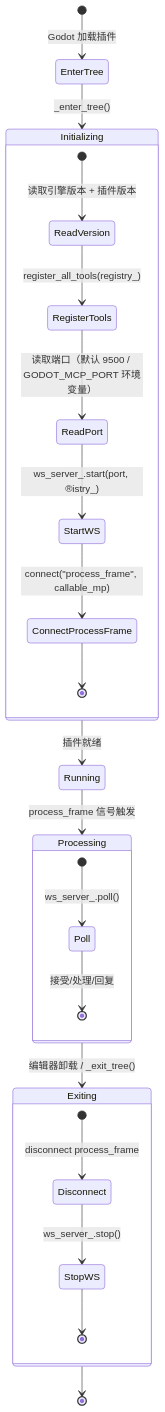
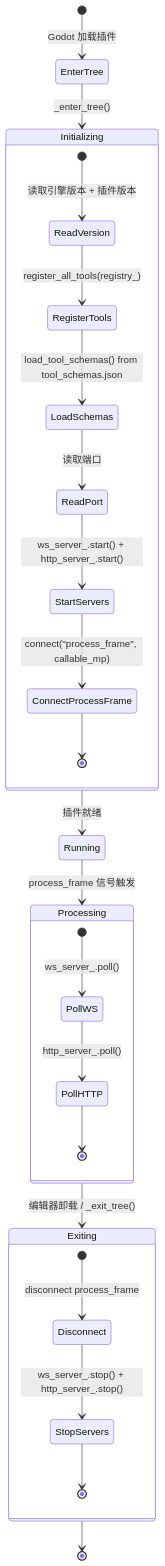
The diagram in .repo_wiki/modules/editor-plugin.md (jesspig/GodotMCP-GDExtension), drawn with Mermaid before and after one commit. The commit also changed other lines of this file and 17 other files, not shown here.

````diff
--- a/.repo_wiki/modules/editor-plugin.md
+++ b/.repo_wiki/modules/editor-plugin.md
@@ -7,34 +7,36 @@
 ```mermaid
 stateDiagram-v2
     [*] --> EnterTree: Godot 加载插件
     
     EnterTree --> Initializing: _enter_tree()
     
     state Initializing {
         [*] --> ReadVersion: 读取引擎版本 + 插件版本
         ReadVersion --> RegisterTools: register_all_tools(registry_)
-        RegisterTools --> ReadPort: 读取端口（默认 9500 / GODOT_MCP_PORT 环境变量）
-        ReadPort --> StartWS: ws_server_.start(port, &registry_)
-        StartWS --> ConnectProcessFrame: connect("process_frame", callable_mp)
+        RegisterTools --> LoadSchemas: load_tool_schemas() from tool_schemas.json
+        LoadSchemas --> ReadPort: 读取端口
+        ReadPort --> StartServers: ws_server_.start() + http_server_.start()
+        StartServers --> ConnectProcessFrame: connect("process_frame", callable_mp)
         ConnectProcessFrame --> [*]
     }
     
     Initializing --> Running: 插件就绪
     
     Running --> Processing: process_frame 信号触发
     
     state Processing {
-        [*] --> Poll: ws_server_.poll()
-        Poll --> [*]: 接受/处理/回复
+        [*] --> PollWS: ws_server_.poll()
+        PollWS --> PollHTTP: http_server_.poll()
+        PollHTTP --> [*]
     }
     
     Processing --> Exiting: 编辑器卸载 / _exit_tree()
     
     state Exiting {
         [*] --> Disconnect: disconnect process_frame
-        Disconnect --> StopWS: ws_server_.stop()
-        StopWS --> [*]
+        Disconnect --> StopServers: ws_server_.stop() + http_server_.stop()
+        StopServers --> [*]
     }
     
     Exiting --> [*]
 ```
````
